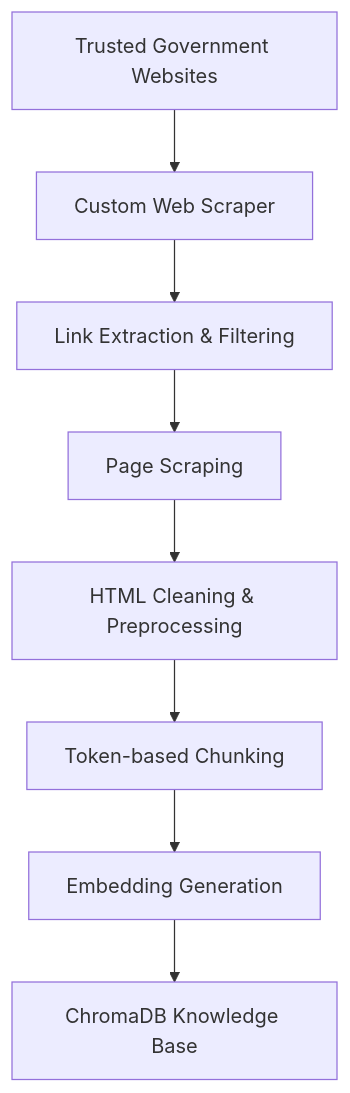
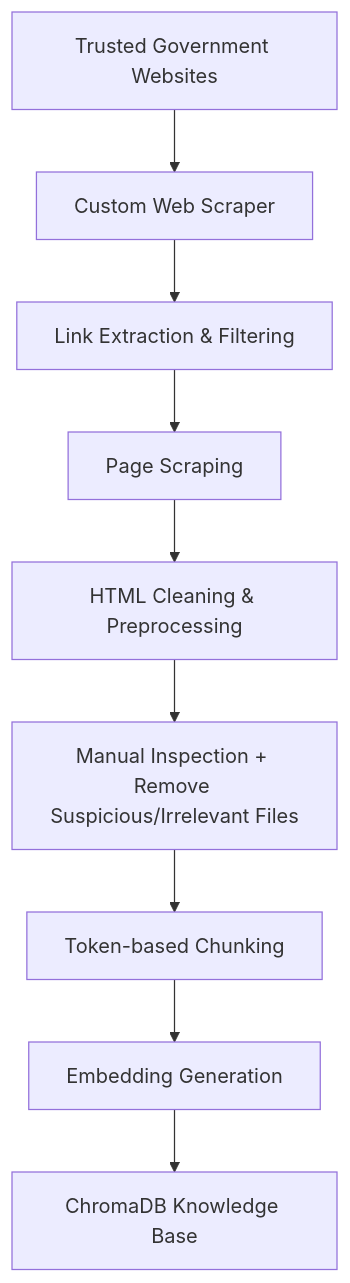
The first of 2 diagrams in README.md (lavanya117/Disaster-Management-RAG), drawn with Mermaid before and after one commit. The commit also changed other lines of this file and 42 other files, not shown here.

````diff
--- a/README.md
+++ b/README.md
@@ -55,11 +61,12 @@
 ```mermaid
 flowchart TD
     A[Trusted Government Websites]
     --> B[Custom Web Scraper]
     --> C[Link Extraction & Filtering]
     --> D[Page Scraping]
     --> E[HTML Cleaning & Preprocessing]
-    --> F[Token-based Chunking]
-    --> G[Embedding Generation]
-    --> H[ChromaDB Knowledge Base]
+    --> F[Manual Inspection + Remove Suspicious/Irrelevant Files]
+    --> G[Token-based Chunking]
+    --> H[Embedding Generation]
+    --> I[ChromaDB Knowledge Base]
 ```
````
